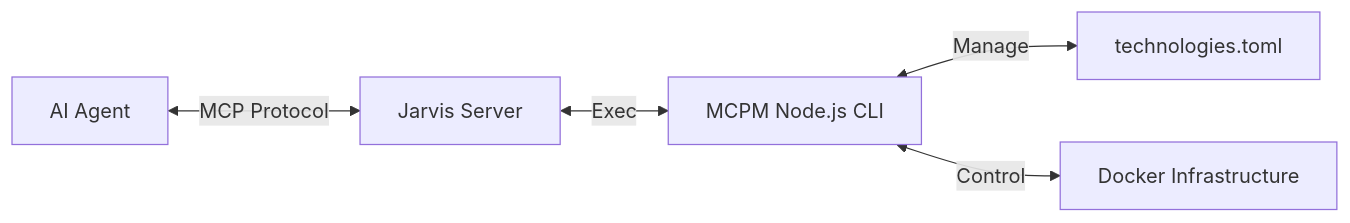
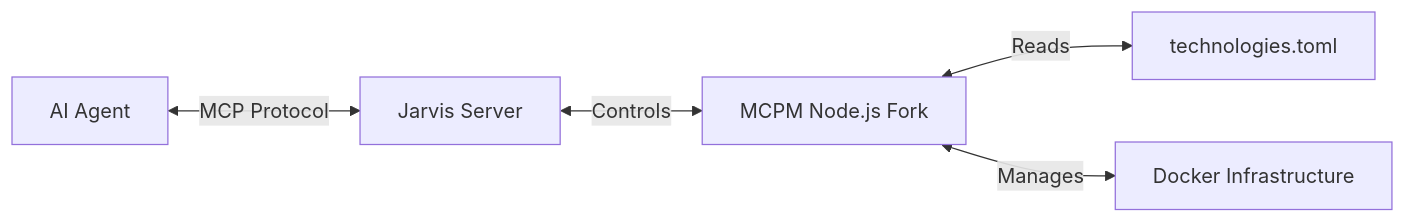
One commit to JRedeker/Jarvis-mcpm changed the diagram in README.md. Above: the diagram before and after it, drawn with Mermaid. The commit also changed other lines of this file, not shown here.

````diff
--- a/README.md
+++ b/README.md
@@ -88,7 +73,7 @@
 ```mermaid
 graph LR
     Agent[AI Agent] <-->|MCP Protocol| Jarvis[Jarvis Server]
-    Jarvis <-->|Exec| CLI[MCPM Node.js CLI]
-    CLI <-->|Manage| Registry[technologies.toml]
-    CLI <-->|Control| Docker[Docker Infrastructure]
+    Jarvis <-->|Controls| CLI[MCPM Node.js Fork]
+    CLI <-->|Reads| Registry[technologies.toml]
+    CLI <-->|Manages| Docker[Docker Infrastructure]
 ```
````
